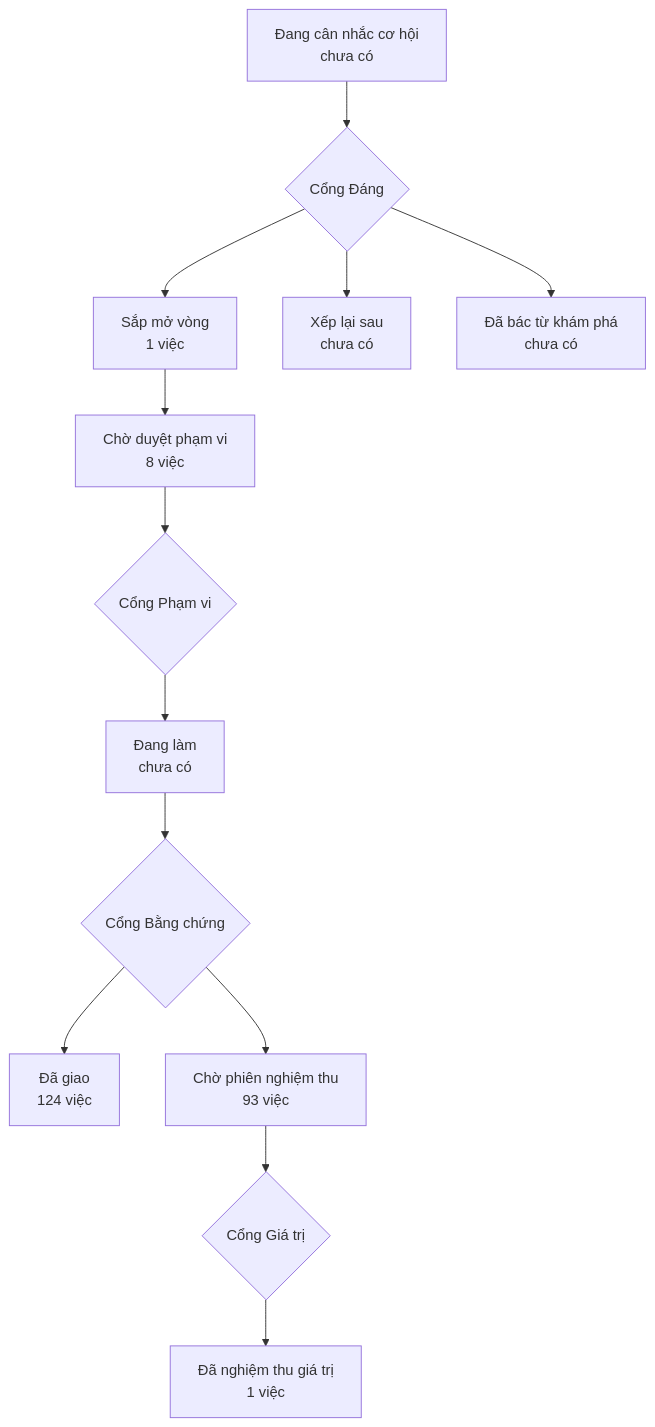
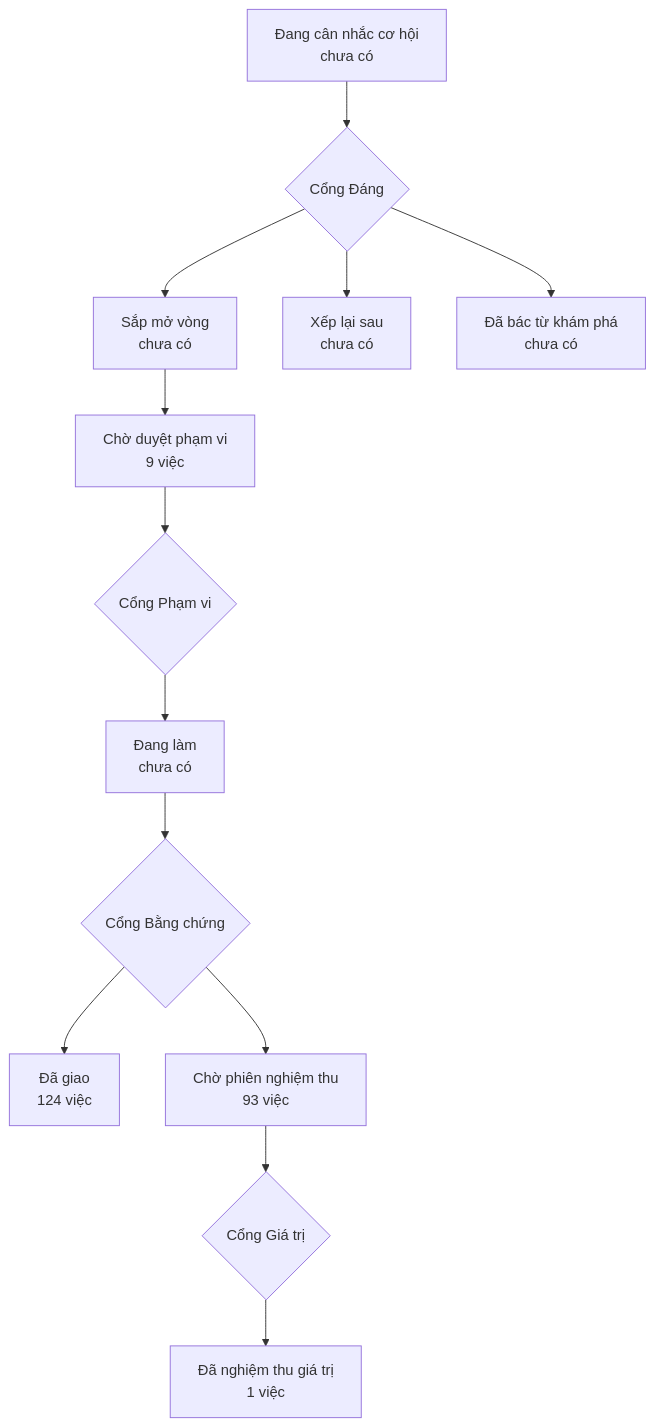
Before and after one commit to phanlemanh/onehub-invest: the diagram in PRODUCT-MAP.md, drawn with Mermaid. The commit also changed other lines of this file and 26 other files, not shown here.

````diff
--- a/PRODUCT-MAP.md
+++ b/PRODUCT-MAP.md
@@ -7,12 +7,12 @@
 ```mermaid
 flowchart TD
   A["Đang cân nhắc cơ hội<br/>chưa có"] --> GD{"Cổng Đáng"}
-  GD --> B["Sắp mở vòng<br/>1 việc"]
+  GD --> B["Sắp mở vòng<br/>chưa có"]
   GD --> XL["Xếp lại sau<br/>chưa có"]
   GD --> DB["Đã bác từ khám phá<br/>chưa có"]
-  B --> CD["Chờ duyệt phạm vi<br/>8 việc"] --> GP{"Cổng Phạm vi"}
+  B --> CD["Chờ duyệt phạm vi<br/>9 việc"] --> GP{"Cổng Phạm vi"}
   GP --> DL["Đang làm<br/>chưa có"] --> GB{"Cổng Bằng chứng"}
   GB --> DG["Đã giao<br/>124 việc"]
   GB --> CN["Chờ phiên nghiệm thu<br/>93 việc"] --> GG{"Cổng Giá trị"}
   GG --> NT["Đã nghiệm thu giá trị<br/>1 việc"]
 ```
````
